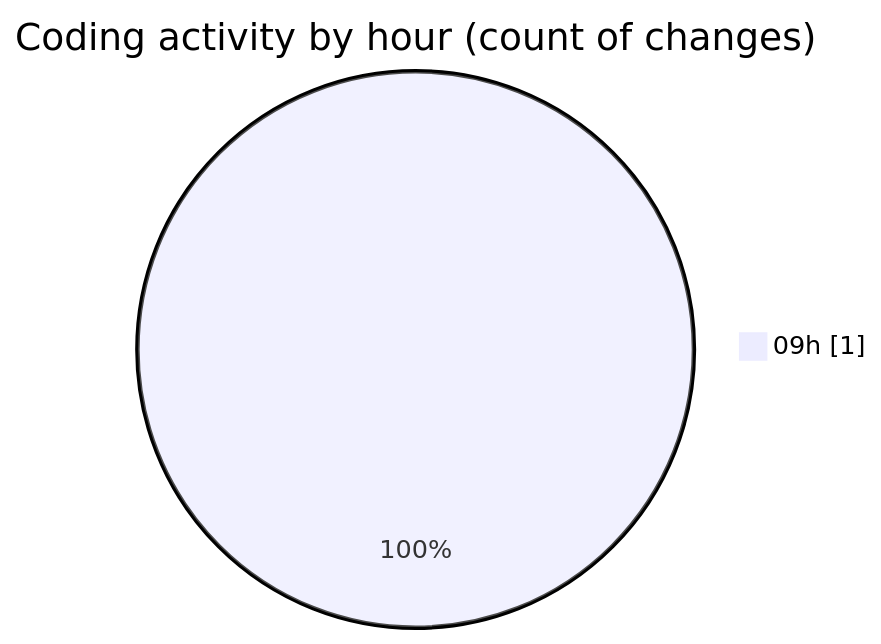
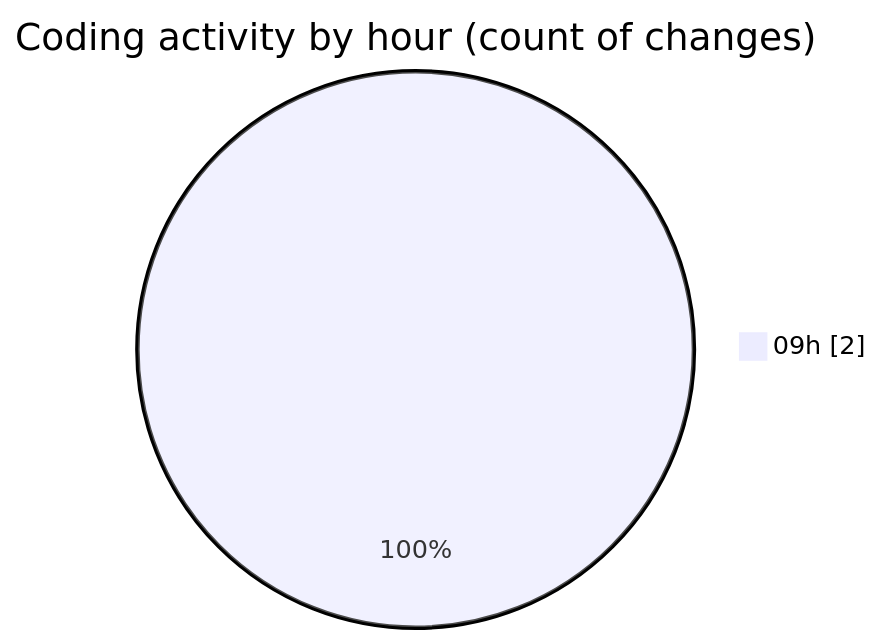
Before and after one commit to vahidmafi/code-tracking: the second of 2 diagrams in 2025-12-22/shop/README.md, drawn with Mermaid. The commit also changed other lines of this file and 1 other file, not shown here.

````diff
--- a/2025-12-22/shop/README.md
+++ b/2025-12-22/shop/README.md
@@ -28,5 +29,5 @@
 ```mermaid
 pie showData
 title Coding activity by hour (count of changes)
-"09h" : 1
+"09h" : 2
 ```
````
